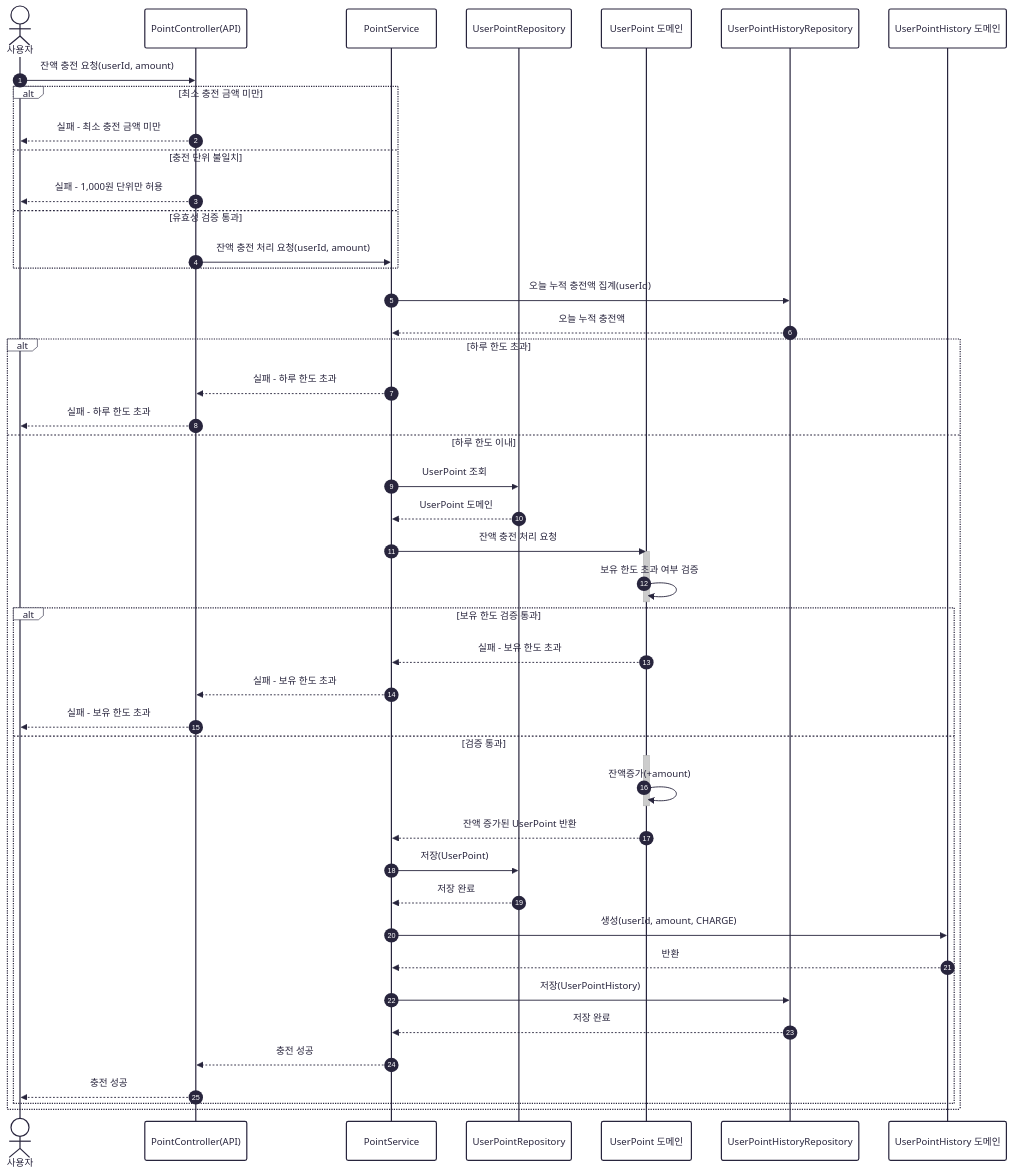
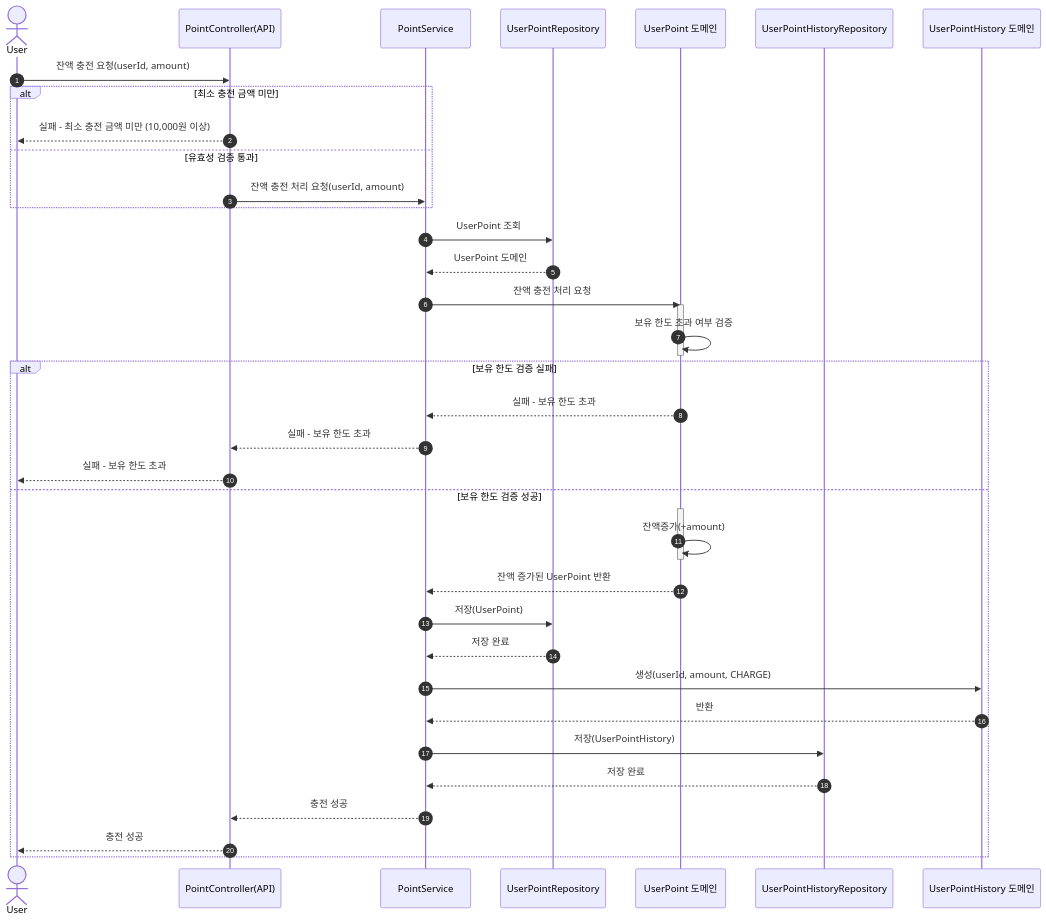
One commit to kdmstj/hanghae_ecommerce changed the first of 12 diagrams in docs/sequence_diagram.md. Above: the diagram before and after it, drawn with Mermaid. The commit also changed other lines of this file, not shown here.

First line of the commit message:
docs: 시퀀스 다이어그램 수정

````diff
--- a/docs/sequence_diagram.md
+++ b/docs/sequence_diagram.md
@@ -3,68 +3,54 @@
 ```mermaid
----
-config:
-  theme: redux
----
 sequenceDiagram
     autonumber
-    actor User as 사용자
+    actor User
     participant PointController as PointController(API)
     participant PointService as PointService
     participant UserPointRepository
     participant UserPoint as UserPoint 도메인
     participant UserPointHistoryRepository
     participant UserPointHistory as UserPointHistory 도메인
 
     %% 사용자 충전 요청
     User->>PointController: 잔액 충전 요청(userId, amount)
 
     %% 요청값 검증
     alt 최소 충전 금액 미만
-        PointController-->>User: 실패 - 최소 충전 금액 미만
-    else 충전 단위 불일치
-        PointController-->>User: 실패 - 1,000원 단위만 허용
+        PointController-->>User: 실패 - 최소 충전 금액 미만 (10,000원 이상)
     else 유효성 검증 통과
         PointController->>PointService: 잔액 충전 처리 요청(userId, amount)
     end
 
-    %% 하루 충전 한도 검증
-    PointService->>UserPointHistoryRepository: 오늘 누적 충전액 집계(userId)
-    UserPointHistoryRepository-->>PointService: 오늘 누적 충전액
-    alt 하루 한도 초과
-        PointService-->>PointController: 실패 - 하루 한도 초과
-        PointController-->>User: 실패 - 하루 한도 초과
-    else 하루 한도 이내
-        %% 현재 잔액 및 사용자 조회
+    %% 현재 잔액 및 사용자 조회
         PointService->>UserPointRepository: UserPoint 조회
         UserPointRepository-->>PointService: UserPoint 도메인
 
         %% 도메인 검증
         PointService->>UserPoint: 잔액 충전 처리 요청
         activate UserPoint 
         UserPoint ->> UserPoint : 보유 한도 초과 여부 검증
         deactivate UserPoint
-        alt 보유 한도 검증 통과
+        alt 보유 한도 검증 실패
             UserPoint-->>PointService: 실패 - 보유 한도 초과
             PointService-->>PointController: 실패 - 보유 한도 초과
             PointController-->>User: 실패 - 보유 한도 초과
-        else 검증 통과
+        else 보유 한도 검증 성공
             %% 잔액 증가 및 저장
             activate UserPoint
             UserPoint ->> UserPoint: 잔액증가(+amount)
             deactivate UserPoint
             UserPoint -->> PointService: 잔액  증가된 UserPoint 반환
             PointService->>UserPointRepository: 저장(UserPoint)
             UserPointRepository-->>PointService: 저장 완료
 
             %% 히스토리 기록
             PointService->>UserPointHistory: 생성(userId, amount, CHARGE)
             UserPointHistory -->> PointService: 반환
             PointService->>UserPointHistoryRepository: 저장(UserPointHistory)
             UserPointHistoryRepository-->>PointService: 저장 완료
 
             %% 성공 응답
             PointService-->>PointController: 충전 성공
             PointController-->>User: 충전 성공
         end
-    end
 ```
````
